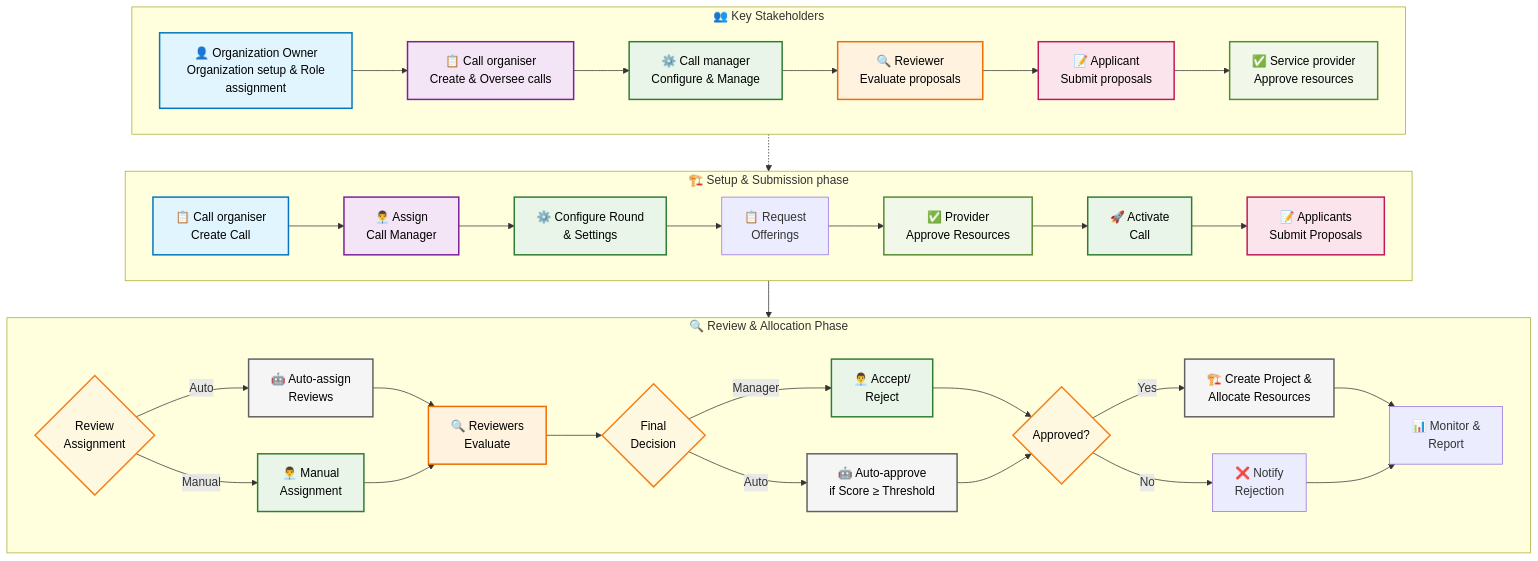
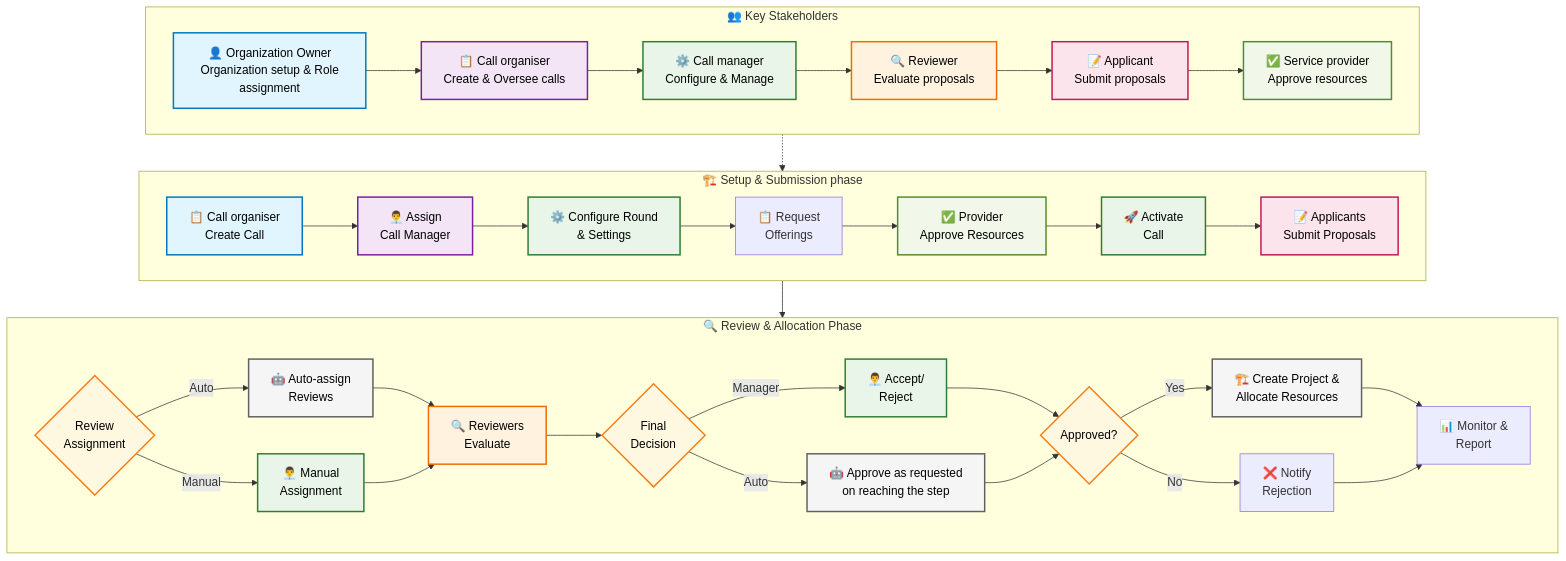
One commit to waldur/waldur-docs changed the diagram in docs/about/concepts/call-management.md. Above: the diagram before and after it, drawn with Mermaid. The commit also changed other lines of this file and 11 other files, not shown here.

````diff
--- a/docs/about/concepts/call-management.md
+++ b/docs/about/concepts/call-management.md
@@ -42,65 +49,65 @@
 ```mermaid
 flowchart TD
     %% Styling
     classDef orgOwner fill:#e1f5fe,stroke:#0277bd,stroke-width:2px,color:#000
     classDef callOrg fill:#f3e5f5,stroke:#7b1fa2,stroke-width:2px,color:#000
     classDef callMgr fill:#e8f5e8,stroke:#2e7d32,stroke-width:2px,color:#000
     classDef reviewer fill:#fff3e0,stroke:#ef6c00,stroke-width:2px,color:#000
     classDef applicant fill:#fce4ec,stroke:#c2185b,stroke-width:2px,color:#000
     classDef provider fill:#f1f8e9,stroke:#558b2f,stroke-width:2px,color:#000
     classDef system fill:#f5f5f5,stroke:#616161,stroke-width:2px,color:#000
     classDef decision fill:#fff8e1,stroke:#f57f17,stroke-width:2px,color:#000
 
     %% Row 1: Stakeholders (Horizontal)
     subgraph stakeholders["👥 Key Stakeholders"]
         direction LR
         R1["👤 Organization Owner<br/> Organization setup & Role assignment"] --> R2["📋 Call organiser<br/>Create & Oversee calls"]
         R2 --> R3["⚙️ Call manager<br/>Configure & Manage"]
         R3 --> R4["🔍 Reviewer<br/>Evaluate proposals"]
         R4 --> R5["📝 Applicant<br/>Submit proposals"]
         R5 --> R6["✅ Service provider<br/>Approve resources"]
     end
 
     %% Row 2: Setup to Submission (Horizontal)
     subgraph setup["🏗️ Setup & Submission phase"]
         direction LR
         A[📋 Call organiser<br/>Create Call] --> B[👨‍💼 Assign<br/>Call Manager]
         B --> C[⚙️ Configure Round<br/>& Settings]
         C --> D[📋 Request<br/>Offerings]
         D --> E[✅ Provider<br/>Approve Resources]
         E --> F[🚀 Activate<br/>Call]
         F --> G[📝 Applicants<br/>Submit Proposals]
     end
 
     %% Row 3: Review to Completion (Horizontal)
     subgraph review["🔍 Review & Allocation Phase"]
         direction LR
         H{Review<br/>Assignment} -->|Auto| I[🤖 Auto-assign<br/>Reviews]
         H -->|Manual| J[👨‍💼 Manual<br/>Assignment]
         I --> K[🔍 Reviewers<br/>Evaluate]
         J --> K
         K --> L{Final<br/>Decision}
         L -->|Manager| M[👨‍💼 Accept/<br/>Reject]
-        L -->|Auto| N[🤖 Auto-approve<br/>if Score ≥ Threshold]
+        L -->|Auto| N[🤖 Approve as requested<br/>on reaching the step]
         M --> O{Approved?}
         N --> O
         O -->|Yes| P[🏗️ Create Project &<br/>Allocate Resources]
         O -->|No| Q[❌ Notify<br/>Rejection]
         P --> S[📊 Monitor &<br/>Report]
         Q --> S
     end
 
     %% Connections between rows
     stakeholders -.-> A
     G --> H
 
     %% Apply styles
     class R1,A orgOwner
     class R2,B callOrg
     class R3,C,F,J,M callMgr
     class R4,K reviewer
     class R5,G applicant
     class R6,E provider
     class I,N,P system
     class H,L,O decision
 ```
````
